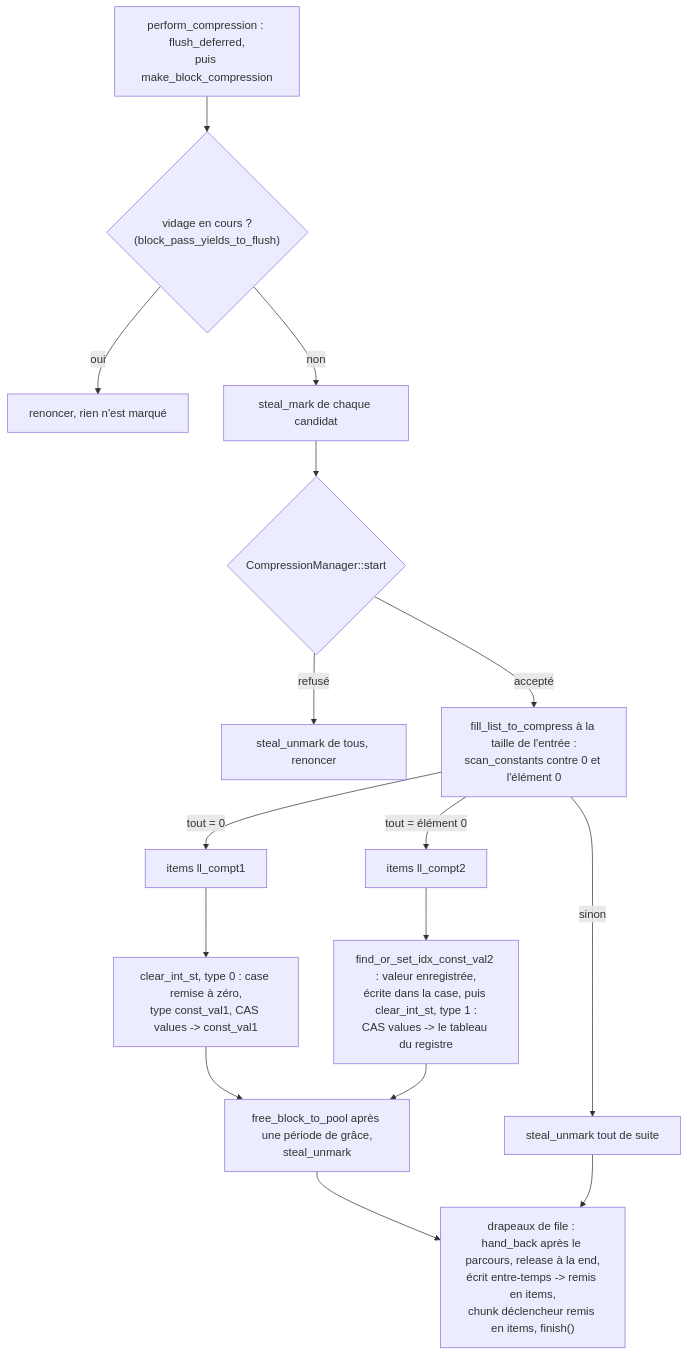
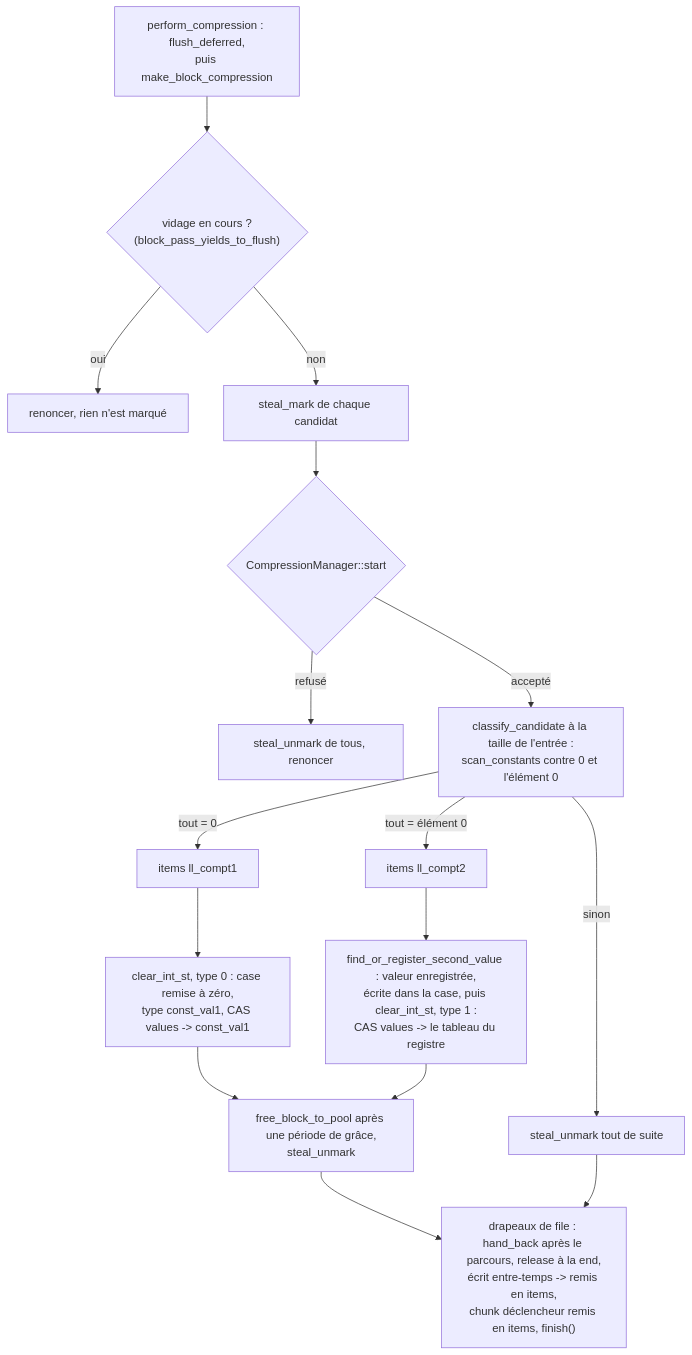
The first of 2 diagrams in docs/algo_zero_any_fr.md (cea-hpc/shrink-array), drawn with Mermaid before and after one commit. The commit also changed other lines of this file and 114 other files, not shown here.

````diff
--- a/docs/algo_zero_any_fr.md
+++ b/docs/algo_zero_any_fr.md
@@ -138,18 +138,18 @@
 ```mermaid
 flowchart TD
     A["perform_compression : flush_deferred,<br/>puis make_block_compression"] --> B{"vidage en cours ?<br/>(block_pass_yields_to_flush)"}
     B -->|oui| B1["renoncer, rien n'est marqué"]
     B -->|non| C["steal_mark de chaque candidat"]
     C --> D{"CompressionManager::start"}
     D -->|refusé| D1["steal_unmark de tous, renoncer"]
-    D -->|accepté| E["fill_list_to_compress à la taille de l'entrée :<br/>scan_constants contre 0 et l'élément 0"]
+    D -->|accepté| E["classify_candidate à la taille de l'entrée :<br/>scan_constants contre 0 et l'élément 0"]
     E -->|"tout = 0"| F["items ll_compt1"]
     E -->|"tout = élément 0"| G["items ll_compt2"]
     E -->|"sinon"| N["steal_unmark tout de suite"]
     F --> F1["clear_int_st, type 0 : case remise à zéro,<br/>type const_val1, CAS values -> const_val1"]
-    G --> G1["find_or_set_idx_const_val2 : valeur enregistrée,<br/>écrite dans la case, puis clear_int_st, type 1 :<br/>CAS values -> le tableau du registre"]
+    G --> G1["find_or_register_second_value : valeur enregistrée,<br/>écrite dans la case, puis clear_int_st, type 1 :<br/>CAS values -> le tableau du registre"]
     F1 --> R["free_block_to_pool après une période de grâce,<br/>steal_unmark"]
     G1 --> R
     R --> K["drapeaux de file : hand_back après le parcours, release à la end,<br/>écrit entre-temps -> remis en items,<br/>chunk déclencheur remis en items, finish()"]
     N --> K
 ```
````
